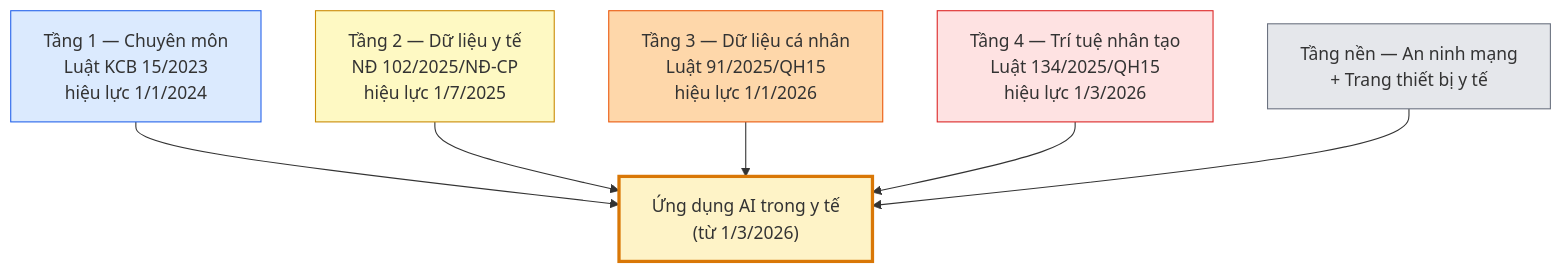
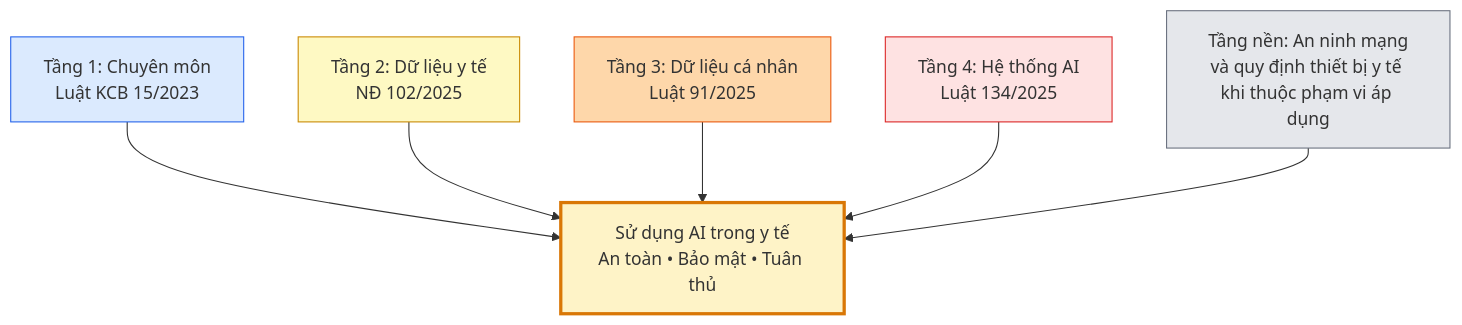
One commit to darkbaronuk/ai-yte-handbook changed the diagram in content/chapters/14-an-toan-tuan-thu.md. Above: the diagram before and after it, drawn with Mermaid. The commit also changed other lines of this file and 6 other files, not shown here.

````diff
--- a/content/chapters/14-an-toan-tuan-thu.md
+++ b/content/chapters/14-an-toan-tuan-thu.md
@@ -60,20 +48,20 @@
 ```mermaid
 flowchart TB
-    APP["Ứng dụng AI trong y tế<br/>(từ 1/3/2026)"]
-    L1["Tầng 1 — Chuyên môn<br/>Luật KCB 15/2023<br/>hiệu lực 1/1/2024"]
-    L2["Tầng 2 — Dữ liệu y tế<br/>NĐ 102/2025/NĐ-CP<br/>hiệu lực 1/7/2025"]
-    L3["Tầng 3 — Dữ liệu cá nhân<br/>Luật 91/2025/QH15<br/>hiệu lực 1/1/2026"]
-    L4["Tầng 4 — Trí tuệ nhân tạo<br/>Luật 134/2025/QH15<br/>hiệu lực 1/3/2026"]
-    L5["Tầng nền — An ninh mạng<br/>+ Trang thiết bị y tế"]
+    APP["Sử dụng AI trong y tế<br/>An toàn • Bảo mật • Tuân thủ"]
+    L1["Tầng 1: Chuyên môn<br/>Luật KCB 15/2023"]
+    L2["Tầng 2: Dữ liệu y tế<br/>NĐ 102/2025"]
+    L3["Tầng 3: Dữ liệu cá nhân<br/>Luật 91/2025"]
+    L4["Tầng 4: Hệ thống AI<br/>Luật 134/2025"]
+    BASE["Tầng nền: An ninh mạng<br/>và quy định thiết bị y tế khi thuộc phạm vi áp dụng"]
     L1 --> APP
     L2 --> APP
     L3 --> APP
     L4 --> APP
-    L5 --> APP
+    BASE --> APP
     style APP fill:#fef3c7,stroke:#d97706,stroke-width:3px
+    style L1 fill:#dbeafe,stroke:#2563eb
+    style L2 fill:#fef9c3,stroke:#ca8a04
+    style L3 fill:#fed7aa,stroke:#ea580c
     style L4 fill:#fee2e2,stroke:#dc2626
-    style L3 fill:#fed7aa,stroke:#ea580c
-    style L2 fill:#fef9c3,stroke:#ca8a04
-    style L1 fill:#dbeafe,stroke:#2563eb
-    style L5 fill:#e5e7eb,stroke:#6b7280
+    style BASE fill:#e5e7eb,stroke:#6b7280
 ```
````
